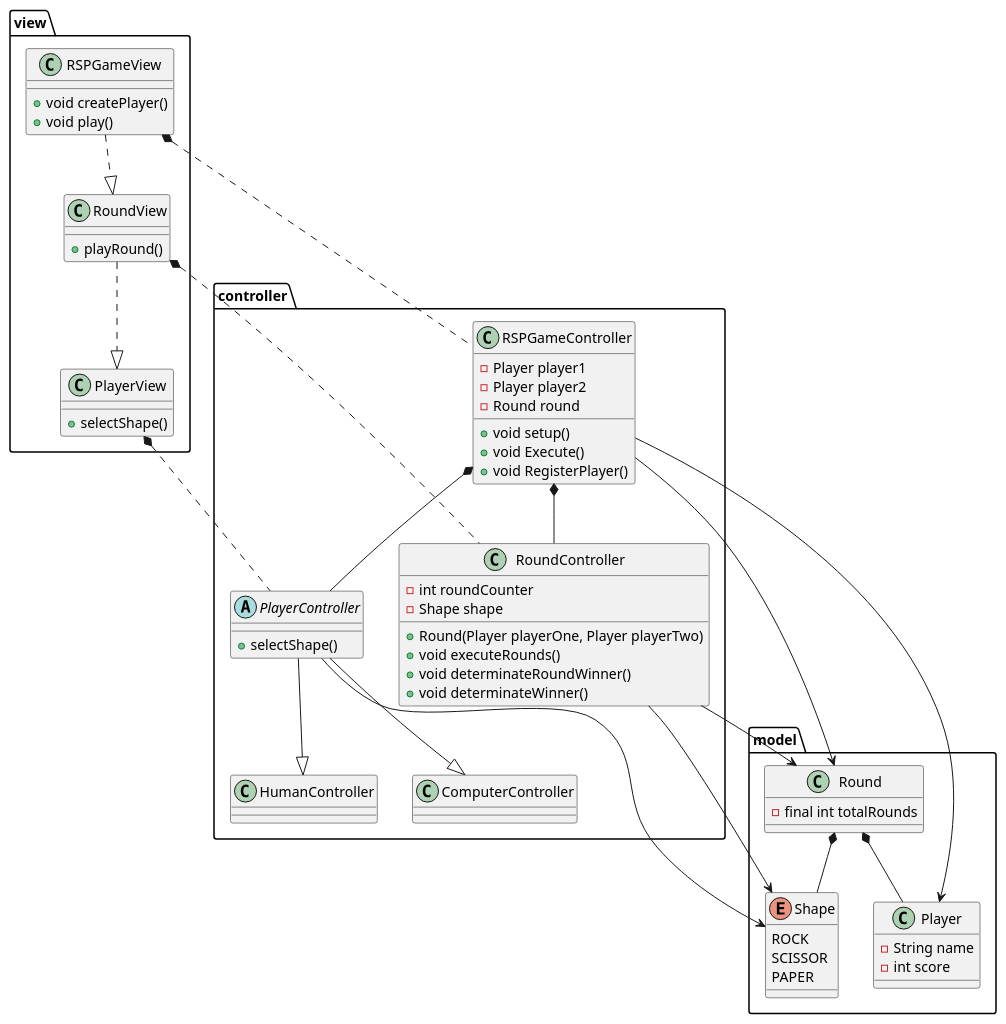
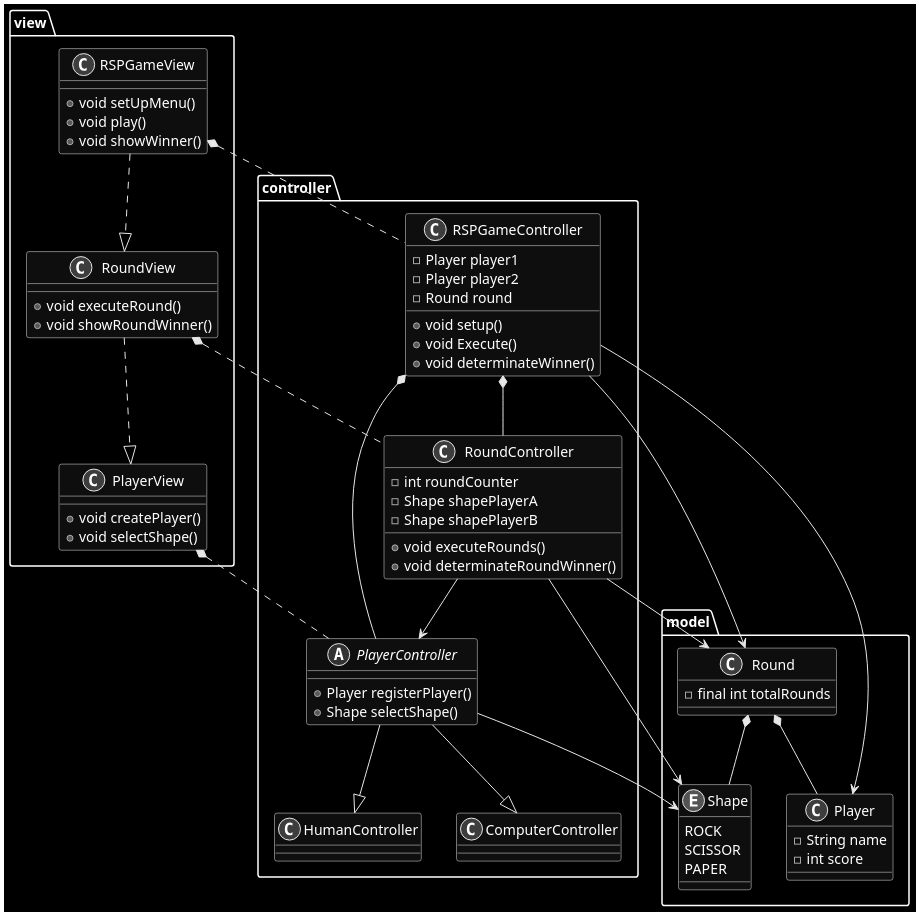
The diagram in docs/rsp-mvc.wsd (andrescordovatelus/RockPaperScissor-MVC), drawn with PlantUML before and after one commit. The commit also changed 5 other files, not shown here.

Commit message:
editing uml diagram

```diff
--- a/docs/rsp-mvc.wsd
+++ b/docs/rsp-mvc.wsd
@@ -1,89 +1,99 @@
 @startuml rsp-mvc
 package model{
+
+    skinparam monochrome reverse
+
 
     class Player{
         -String name
         -int score
     }
 
     class Round{
         -final int totalRounds
     }
 
     Enum Shape{
         ROCK
         SCISSOR
         PAPER
     }
 
 
     Round *-- Player
     Round *-- Shape
 }
 package controller{
     class RSPGameController{
         -Player player1
         -Player player2
         -Round round
 
         +void setup()
         +void Execute()
-        +void RegisterPlayer()
+        +void determinateWinner()
     }
 
     abstract class PlayerController{
-        +selectShape()
+        +Player registerPlayer()
+        +Shape selectShape()
     }
 
 
     class RoundController{
         -int roundCounter
-        -Shape shape
+        -Shape shapePlayerA
+        -Shape shapePlayerB
 
-        +Round(Player playerOne, Player playerTwo)
+
         +void executeRounds()
         +void determinateRoundWinner()
-        +void determinateWinner()
+        
     }
 
     class HumanController{
     }
 
     class ComputerController{
     }
 
     RSPGameController *-- PlayerController
     RSPGameController *-- RoundController
     PlayerController --|> HumanController
     PlayerController --|> ComputerController
 }
 package view{
     class RSPGameView{
-        +void createPlayer()
+        +void setUpMenu()
         +void play()
+        +void showWinner()
     }
 
     class PlayerView{
-        +selectShape()
+        +void createPlayer()
+        +void selectShape()
     }
 
     class RoundView{
-        +playRound()
+        +void executeRound()
+        +void showRoundWinner()
     }
 
     RSPGameView ..|> RoundView
     RoundView ..|> PlayerView
 }
 
 
 RoundController --> Round
 RSPGameView *.. RSPGameController
 RoundView *.. RoundController
 PlayerView *.. PlayerController
 
+
 RoundController --> Shape
+RoundController --> PlayerController
 RSPGameController --> Player
 RSPGameController --> Round
 
 PlayerController --> Shape
 @enduml
```
